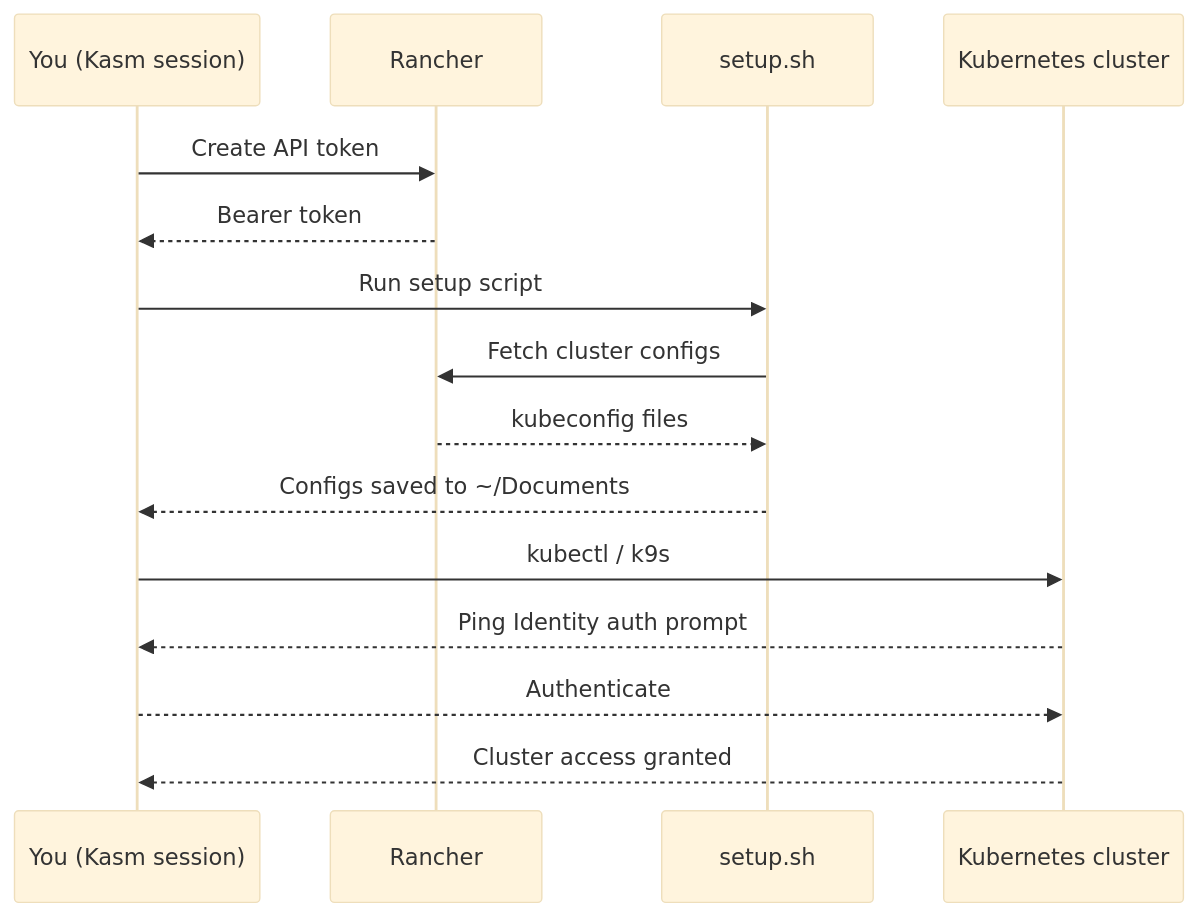
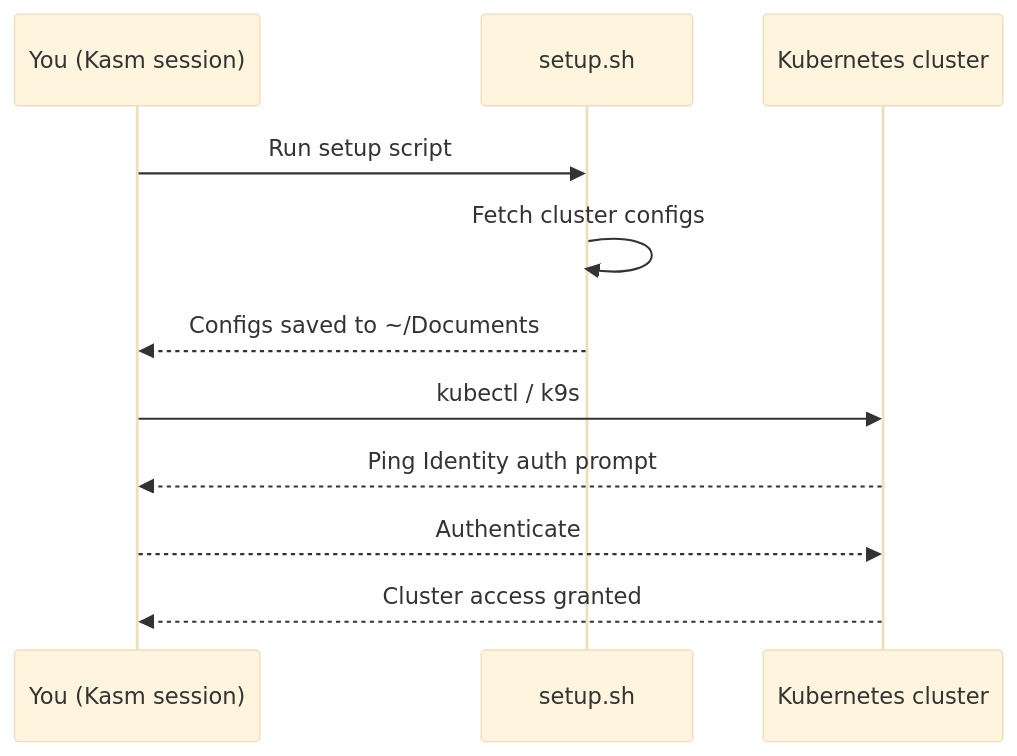
The diagram in kasm-workspaces/connect-cluster.mdx (shebashio/docs), drawn with Mermaid (base theme) before and after one commit. The commit also changed other lines of this file and 29 other files, not shown here.

````diff
--- a/kasm-workspaces/connect-cluster.mdx
+++ b/kasm-workspaces/connect-cluster.mdx
@@ -11,17 +11,13 @@
 ```mermaid
 sequenceDiagram
     participant U as You (Kasm session)
-    participant R as Rancher
     participant S as setup.sh
     participant K as Kubernetes cluster
-    U->>R: Create API token
-    R-->>U: Bearer token
     U->>S: Run setup script
-    S->>R: Fetch cluster configs
-    R-->>S: kubeconfig files
+    S->>S: Fetch cluster configs
     S-->>U: Configs saved to ~/Documents
     U->>K: kubectl / k9s
     K-->>U: Ping Identity auth prompt
     U-->>K: Authenticate
     K-->>U: Cluster access granted
 ```
````
